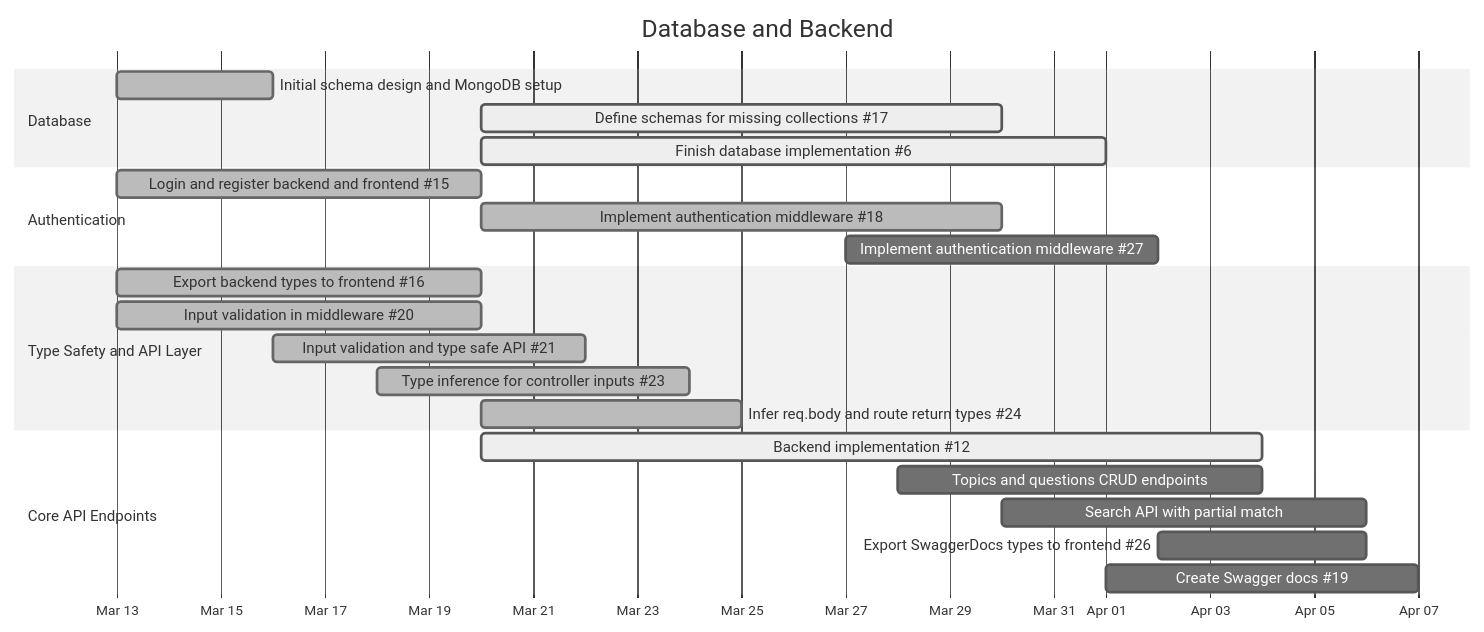
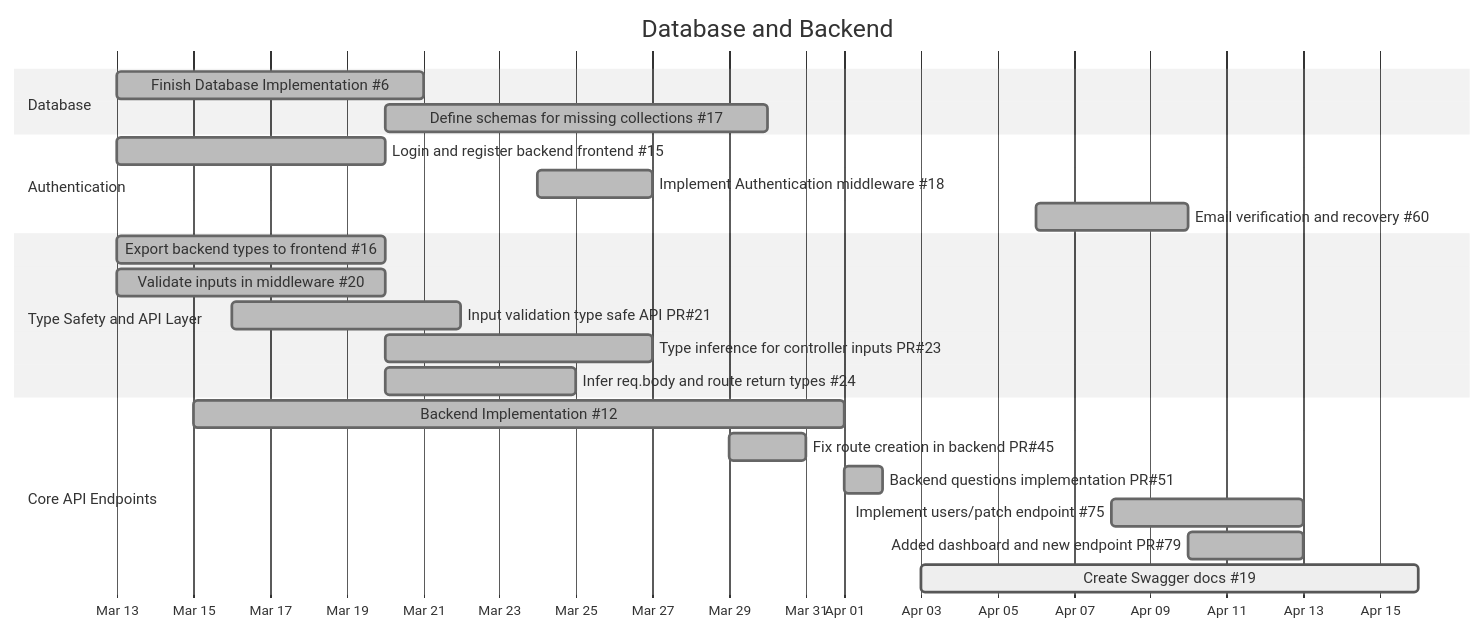
One commit to LuizGomes56/poosd_final_project changed the second of 6 diagrams in GANTT.md. Above: the diagram before and after it, drawn with Mermaid (neutral theme). The commit also changed other lines of this file and 1 other file, not shown here.

Commit message:
updated readme and gantt chart

````diff
--- a/GANTT.md
+++ b/GANTT.md
@@ -45,30 +40,30 @@
 ```mermaid
 gantt
     title Database and Backend
     dateFormat  YYYY-MM-DD
     axisFormat  %b %d
-
+ 
     section Database
-    Initial schema design and MongoDB setup        :done,   db1, 2026-03-13, 2026-03-16
-    Define schemas for missing collections #17     :active, db2, 2026-03-20, 2026-03-30
-    Finish database implementation #6              :active, db3, 2026-03-20, 2026-04-01
-
+    Finish Database Implementation #6              :done, db1, 2026-03-13, 2026-03-21
+    Define schemas for missing collections #17     :done, db2, 2026-03-20, 2026-03-30
+ 
     section Authentication
-    Login and register backend and frontend #15    :done,   be1, 2026-03-13, 2026-03-20
-    Implement authentication middleware #18        :done, be2, 2026-03-20, 2026-03-30
-    Implement authentication middleware #27        :active        be3, 2026-03-27, 2026-04-02
-
+    Login and register backend frontend #15        :done, be1, 2026-03-13, 2026-03-20
+    Implement Authentication middleware #18        :done, be2, 2026-03-24, 2026-03-27
+    Email verification and recovery #60            :done, be3, 2026-04-06, 2026-04-10
+ 
     section Type Safety and API Layer
-    Export backend types to frontend #16           :done,   ts1, 2026-03-13, 2026-03-20
-    Input validation in middleware #20             :done,   ts2, 2026-03-13, 2026-03-20
-    Input validation and type safe API #21         :done,   ts3, 2026-03-16, 2026-03-22
-    Type inference for controller inputs #23       :done,   ts4, 2026-03-18, 2026-03-24
-    Infer req.body and route return types #24      :done,   ts5, 2026-03-20, 2026-03-25
-
+    Export backend types to frontend #16           :done, ts1, 2026-03-13, 2026-03-20
+    Validate inputs in middleware #20              :done, ts2, 2026-03-13, 2026-03-20
+    Input validation type safe API PR#21           :done, ts3, 2026-03-16, 2026-03-22
+    Type inference for controller inputs PR#23     :done, ts4, 2026-03-20, 2026-03-27
+    Infer req.body and route return types #24      :done, ts5, 2026-03-20, 2026-03-25
+ 
     section Core API Endpoints
-    Backend implementation #12                    :active, be4, 2026-03-20, 2026-04-04
-    Topics and questions CRUD endpoints            :        be5, 2026-03-28, 2026-04-04
-    Search API with partial match                  :        be6, 2026-03-30, 2026-04-06
-    Export SwaggerDocs types to frontend #26       :        be7, 2026-04-02, 2026-04-06
-    Create Swagger docs #19                        :        be8, 2026-04-01, 2026-04-07
+    Backend Implementation #12                     :done, be4, 2026-03-15, 2026-04-01
+    Fix route creation in backend PR#45            :done, be5, 2026-03-29, 2026-03-31
+    Backend questions implementation PR#51         :done, be6, 2026-04-01, 2026-04-02
+    Implement users/patch endpoint #75             :done, be7, 2026-04-08, 2026-04-13
+    Added dashboard and new endpoint PR#79         :done, be8, 2026-04-10, 2026-04-13
+    Create Swagger docs #19                        :active, be9, 2026-04-03, 2026-04-16
 ```
````
